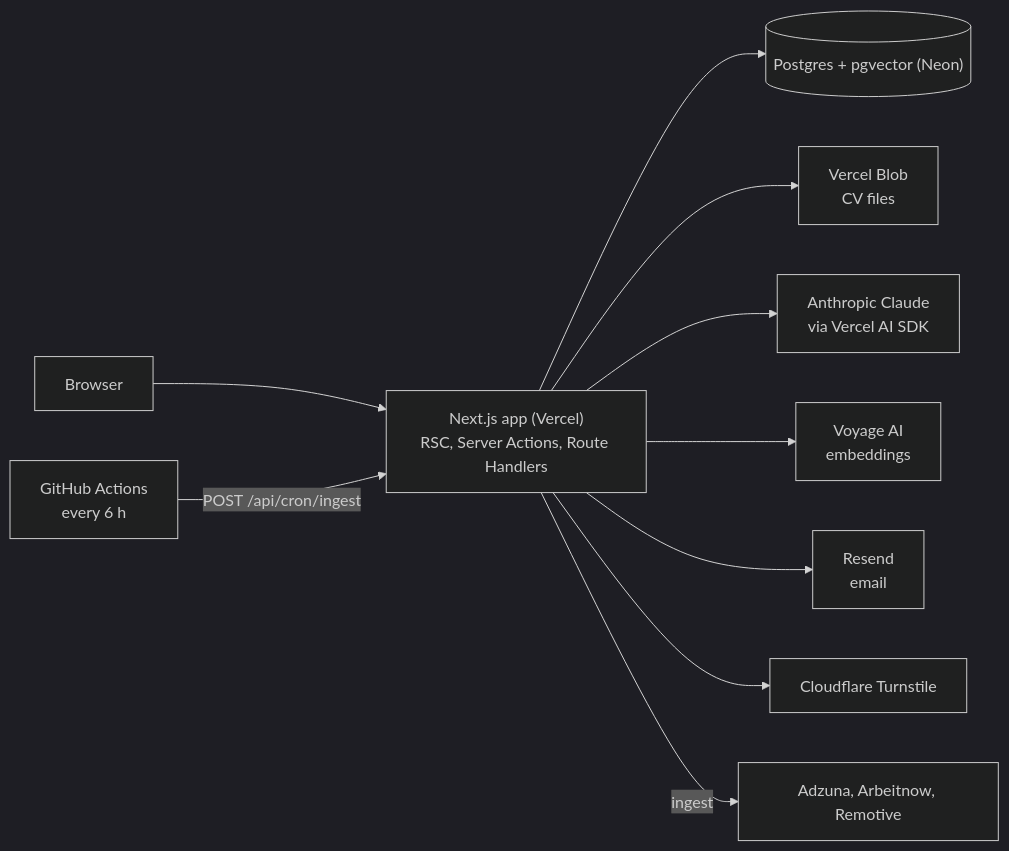
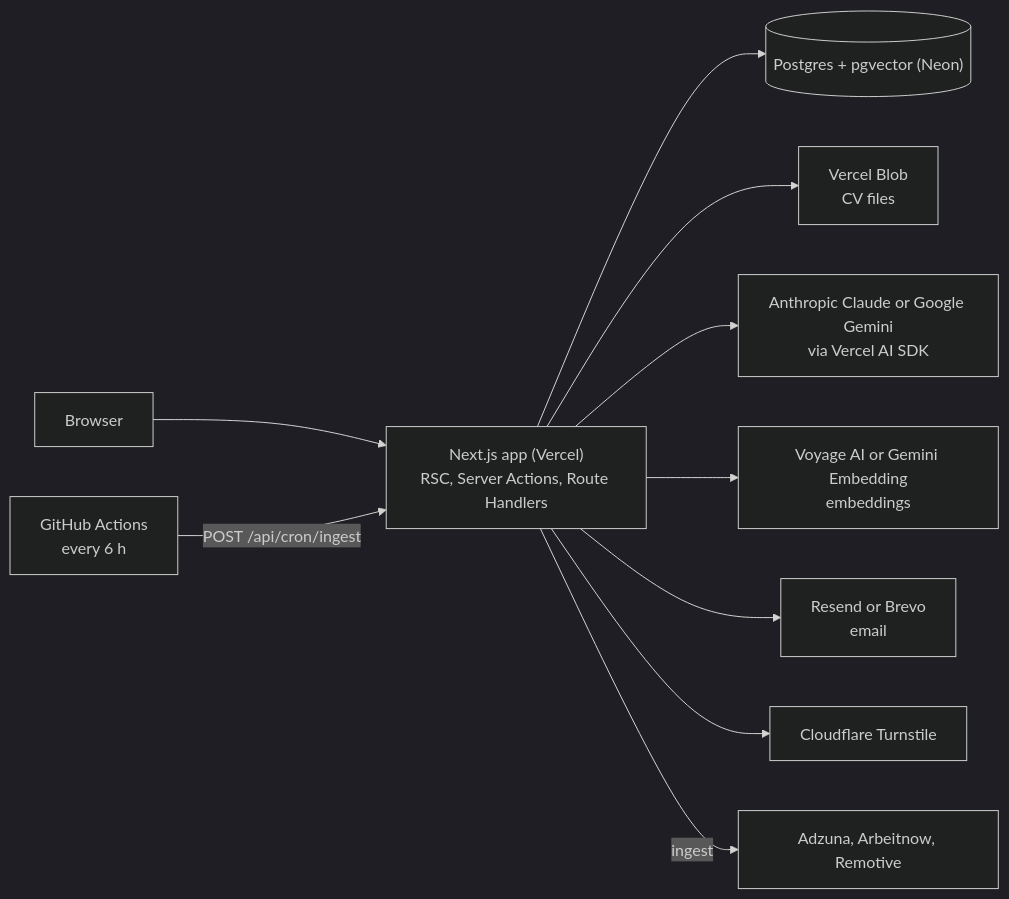
The diagram in README.md (rafael-a-g-n/ai-job-hunter), drawn with Mermaid (dark theme) before and after one commit. The commit also changed other lines of this file and 2 other files, not shown here.

Commit message:
docs: correct model tiers and Gemini free-tier notes, mention selectable providers
CV analysis, job normalising and re-rank use the fast tier; only letters use
strong. Document the global Gemini embedding budget, manual-job repair, paid
list-price budget caveat, provider-neutral EMAIL_FROM, long-text truncation and
label unverified limits as "check before go-live". README diagram and stack
mention Claude or Gemini, Voyage or Gemini Embedding, Resend or Brevo.

````diff
--- a/README.md
+++ b/README.md
@@ -27,12 +27,12 @@
 ```mermaid
 flowchart LR
   Browser --> App["Next.js app (Vercel)<br/>RSC, Server Actions, Route Handlers"]
   App --> DB[("Postgres + pgvector (Neon)")]
   App --> Blob["Vercel Blob<br/>CV files"]
-  App --> Claude["Anthropic Claude<br/>via Vercel AI SDK"]
-  App --> Voyage["Voyage AI<br/>embeddings"]
-  App --> Resend["Resend<br/>email"]
+  App --> Claude["Anthropic Claude or Google Gemini<br/>via Vercel AI SDK"]
+  App --> Voyage["Voyage AI or Gemini Embedding<br/>embeddings"]
+  App --> Resend["Resend or Brevo<br/>email"]
   App --> TS[Cloudflare Turnstile]
   GHA["GitHub Actions<br/>every 6 h"] -->|"POST /api/cron/ingest"| App
   App -->|ingest| Sources["Adzuna, Arbeitnow, Remotive"]
 ```
````
